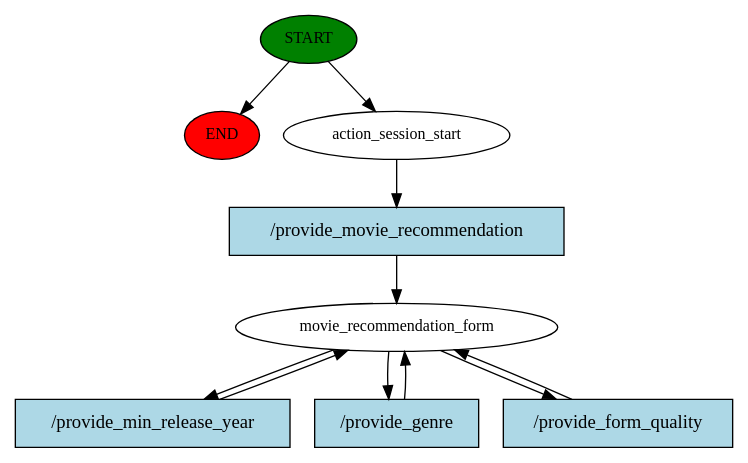
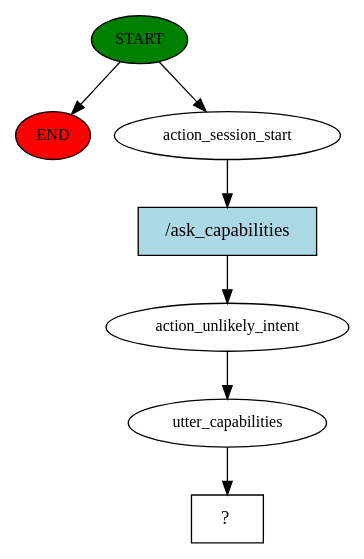
Before and after one commit to LauraFe01/FilmChatbot: the diagram in story_graph.dot, drawn with Graphviz. The commit also changed 5 other files, not shown here.

```diff
--- a/story_graph.dot
+++ b/story_graph.dot
@@ -1,20 +1,15 @@
 digraph  {
 0 [class="start active", fillcolor=green, fontsize=12, label=START, style=filled];
 "-1" [class=end, fillcolor=red, fontsize=12, label=END, style=filled];
 1 [class=active, fontsize=12, label=action_session_start];
-2 [class="active dashed", fontsize=12, label=movie_recommendation_form];
-6 [class="intent active", fillcolor=lightblue, label="/provide_movie_recommendation", shape=rect, style=filled];
-7 [class="intent active", fillcolor=lightblue, label="/provide_min_release_year", shape=rect, style=filled];
-8 [class="intent active", fillcolor=lightblue, label="/provide_genre", shape=rect, style=filled];
-9 [class="intent active", fillcolor=lightblue, label="/provide_form_quality", shape=rect, style=filled];
+2 [class=active, fontsize=12, label=action_unlikely_intent];
+3 [class=active, fontsize=12, label=utter_capabilities];
+4 [class="intent dashed active", label="  ?  ", shape=rect];
+5 [class="intent active", fillcolor=lightblue, label="/ask_capabilities", shape=rect, style=filled];
 0 -> "-1"  [class="", key=NONE, label=""];
 0 -> 1  [class=active, key=NONE, label=""];
-1 -> 6  [class=active, key=0];
-2 -> 7  [class=active, key=0];
-2 -> 8  [class=active, key=0];
-2 -> 9  [class=active, key=0];
-6 -> 2  [class=active, key=0];
-7 -> 2  [class=active, key=0];
-8 -> 2  [class=active, key=0];
-9 -> 2  [class=active, key=0];
+1 -> 5  [class=active, key=0];
+2 -> 3  [class=active, key=NONE, label=""];
+3 -> 4  [class=active, key=NONE, label=""];
+5 -> 2  [class=active, key=0];
 }
```
